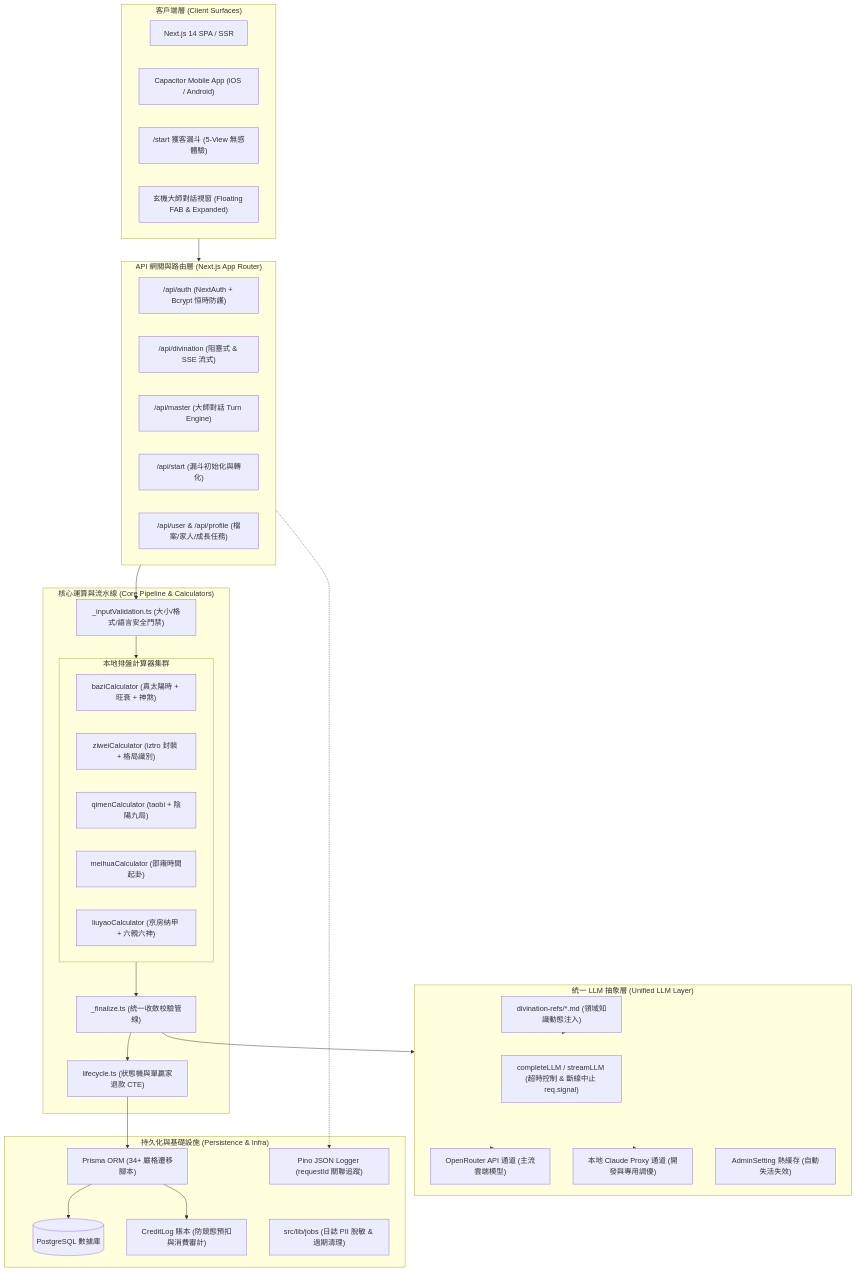
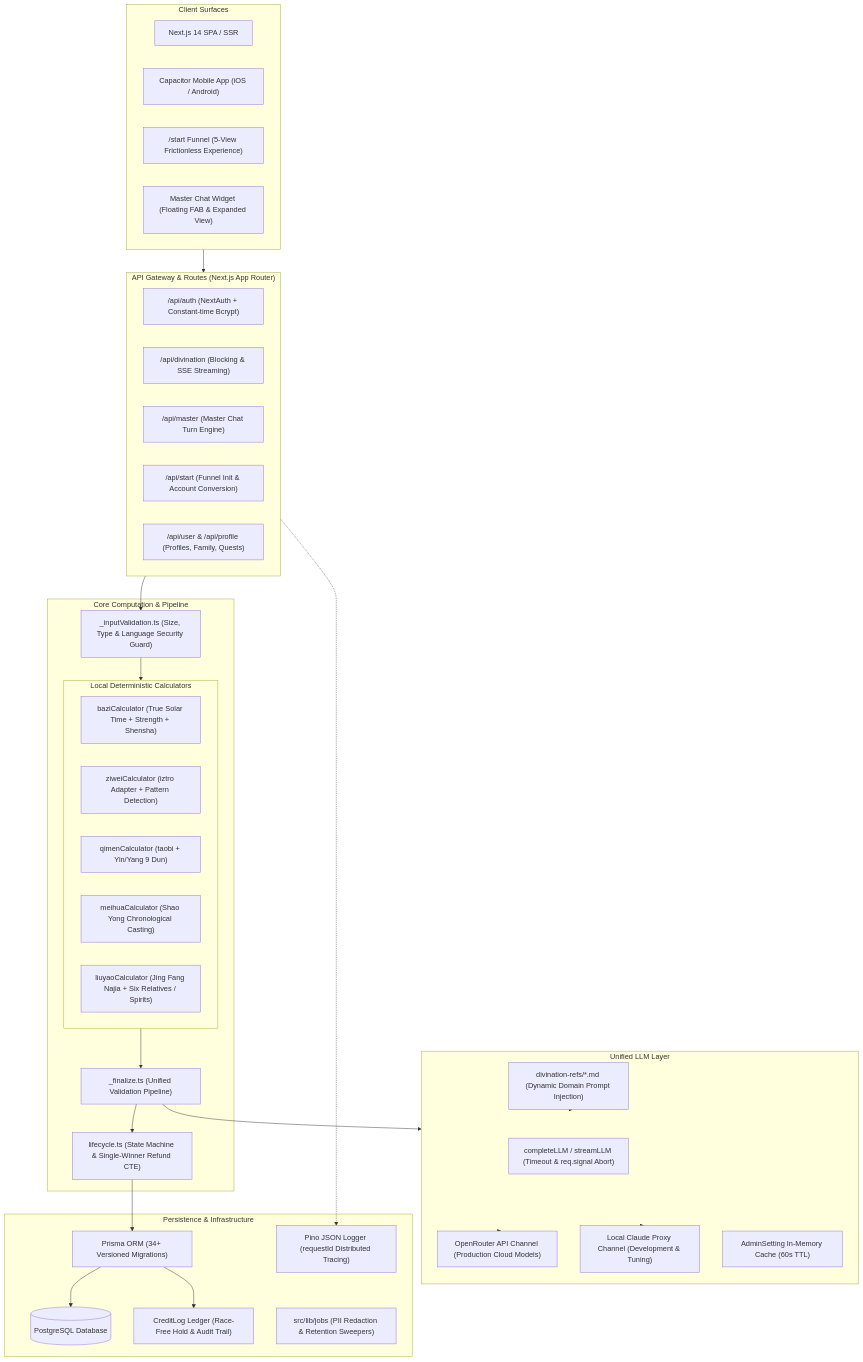
The diagram in docs/architecture/overview.md (cocWorkshop/chinese-divination), drawn with Mermaid before and after one commit. The commit also changed other lines of this file and 29 other files, not shown here.

````diff
--- a/docs/architecture/overview.md
+++ b/docs/architecture/overview.md
@@ -40,61 +40,61 @@
 ```mermaid
 flowchart TD
-    subgraph ClientTier ["客戶端層 (Client Surfaces)"]
+    subgraph ClientTier ["Client Surfaces"]
         Web["Next.js 14 SPA / SSR"]
         Mobile["Capacitor Mobile App (iOS / Android)"]
-        Funnel["/start 獲客漏斗 (5-View 無感體驗)"]
-        Widget["玄機大師對話視窗 (Floating FAB & Expanded)"]
+        Funnel["/start Funnel (5-View Frictionless Experience)"]
+        Widget["Master Chat Widget (Floating FAB & Expanded View)"]
     end
 
-    subgraph GatewayTier ["API 網關與路由層 (Next.js App Router)"]
-        AuthRoute["/api/auth (NextAuth + Bcrypt 恒時防護)"]
-        DivRoute["/api/divination (阻塞式 & SSE 流式)"]
-        MasterRoute["/api/master (大師對話 Turn Engine)"]
-        StartRoute["/api/start (漏斗初始化與轉化)"]
-        UserRoute["/api/user & /api/profile (檔案/家人/成長任務)"]
+    subgraph GatewayTier ["API Gateway & Routes (Next.js App Router)"]
+        AuthRoute["/api/auth (NextAuth + Constant-time Bcrypt)"]
+        DivRoute["/api/divination (Blocking & SSE Streaming)"]
+        MasterRoute["/api/master (Master Chat Turn Engine)"]
+        StartRoute["/api/start (Funnel Init & Account Conversion)"]
+        UserRoute["/api/user & /api/profile (Profiles, Family, Quests)"]
     end
 
-    subgraph CoreEngine ["核心運算與流水線 (Core Pipeline & Calculators)"]
-        InputVal["_inputValidation.ts (大小/格式/語言安全門禁)"]
-        Finalize["_finalize.ts (統一收斂校驗管線)"]
-        LifeCycle["lifecycle.ts (狀態機與單贏家退款 CTE)"]
+    subgraph CoreEngine ["Core Computation & Pipeline"]
+        InputVal["_inputValidation.ts (Size, Type & Language Security Guard)"]
+        Finalize["_finalize.ts (Unified Validation Pipeline)"]
+        LifeCycle["lifecycle.ts (State Machine & Single-Winner Refund CTE)"]
         
-        subgraph Calculators ["本地排盤計算器集群"]
-            BaziCalc["baziCalculator (真太陽時 + 旺衰 + 神煞)"]
-            ZiweiCalc["ziweiCalculator (iztro 封裝 + 格局識別)"]
-            QimenCalc["qimenCalculator (taobi + 陰陽九局)"]
-            MeihuaCalc["meihuaCalculator (邵雍時間起卦)"]
-            LiuyaoCalc["liuyaoCalculator (京房納甲 + 六親六神)"]
+        subgraph Calculators ["Local Deterministic Calculators"]
+            BaziCalc["baziCalculator (True Solar Time + Strength + Shensha)"]
+            ZiweiCalc["ziweiCalculator (iztro Adapter + Pattern Detection)"]
+            QimenCalc["qimenCalculator (taobi + Yin/Yang 9 Dun)"]
+            MeihuaCalc["meihuaCalculator (Shao Yong Chronological Casting)"]
+            LiuyaoCalc["liuyaoCalculator (Jing Fang Najia + Six Relatives / Spirits)"]
         end
     end
 
-    subgraph LLMTier ["統一 LLM 抽象層 (Unified LLM Layer)"]
-        LLMManager["completeLLM / streamLLM (超時控制 & 斷線中止 req.signal)"]
-        OpenRouterChannel["OpenRouter API 通道 (主流雲端模型)"]
-        ProxyChannel["本地 Claude Proxy 通道 (開發與專用調優)"]
-        PromptSystem["divination-refs/*.md (領域知識動態注入)"]
-        SettingsCache["AdminSetting 熱緩存 (自動失活失效)"]
+    subgraph LLMTier ["Unified LLM Layer"]
+        LLMManager["completeLLM / streamLLM (Timeout & req.signal Abort)"]
+        OpenRouterChannel["OpenRouter API Channel (Production Cloud Models)"]
+        ProxyChannel["Local Claude Proxy Channel (Development & Tuning)"]
+        PromptSystem["divination-refs/*.md (Dynamic Domain Prompt Injection)"]
+        SettingsCache["AdminSetting In-Memory Cache (60s TTL)"]
     end
 
-    subgraph PersistenceTier ["持久化與基礎設施 (Persistence & Infra)"]
-        Postgres[(PostgreSQL 數據庫)]
-        PrismaORM["Prisma ORM (34+ 嚴格遷移腳本)"]
-        CreditLedger["CreditLog 賬本 (防競態預扣與消費審計)"]
-        PinoLogger["Pino JSON Logger (requestId 關聯追蹤)"]
-        JobScheduler["src/lib/jobs (日誌 PII 脫敏 & 過期清理)"]
+    subgraph PersistenceTier ["Persistence & Infrastructure"]
+        Postgres[(PostgreSQL Database)]
+        PrismaORM["Prisma ORM (34+ Versioned Migrations)"]
+        CreditLedger["CreditLog Ledger (Race-Free Hold & Audit Trail)"]
+        PinoLogger["Pino JSON Logger (requestId Distributed Tracing)"]
+        JobScheduler["src/lib/jobs (PII Redaction & Retention Sweepers)"]
     end
 
     ClientTier --> GatewayTier
     GatewayTier --> InputVal
     InputVal --> Calculators
     Calculators --> Finalize
     Finalize --> LLMTier
     LLMTier --> OpenRouterChannel
     LLMTier --> ProxyChannel
     PromptSystem -.-> LLMTier
     Finalize --> LifeCycle
     LifeCycle --> PrismaORM
     PrismaORM --> Postgres
     PrismaORM --> CreditLedger
     GatewayTier -.-> PinoLogger
 ```
````
